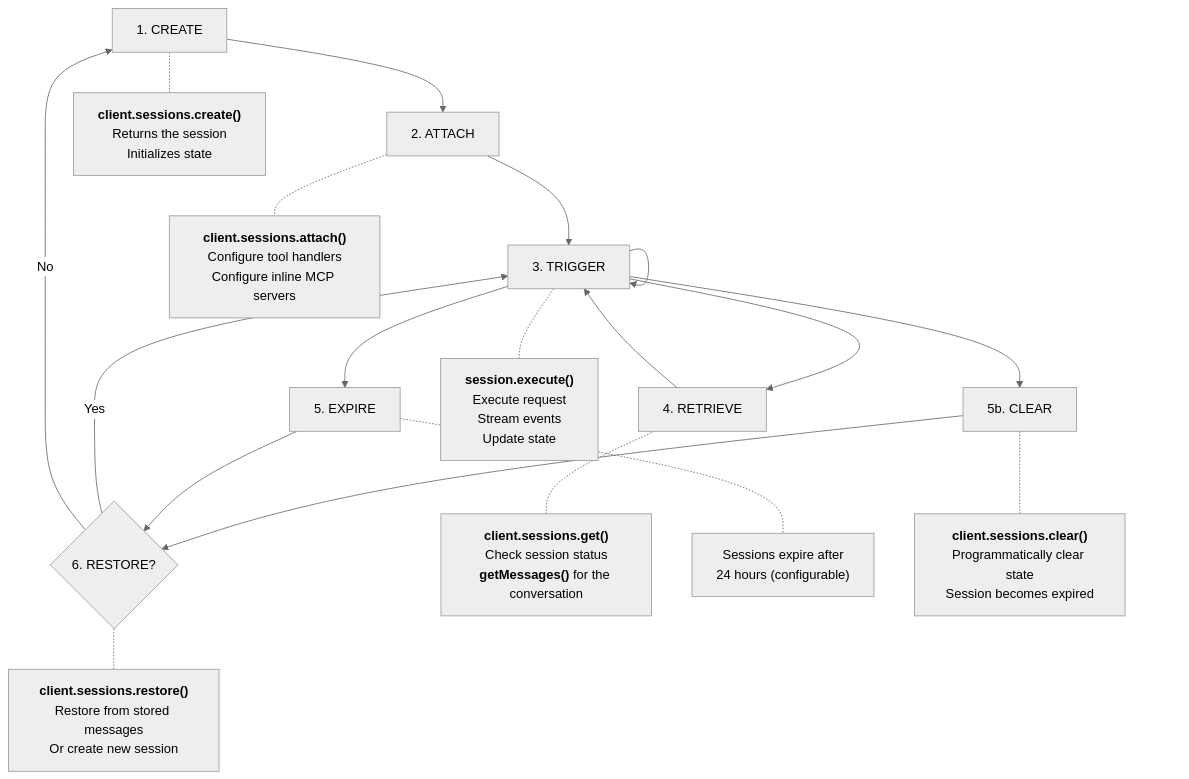
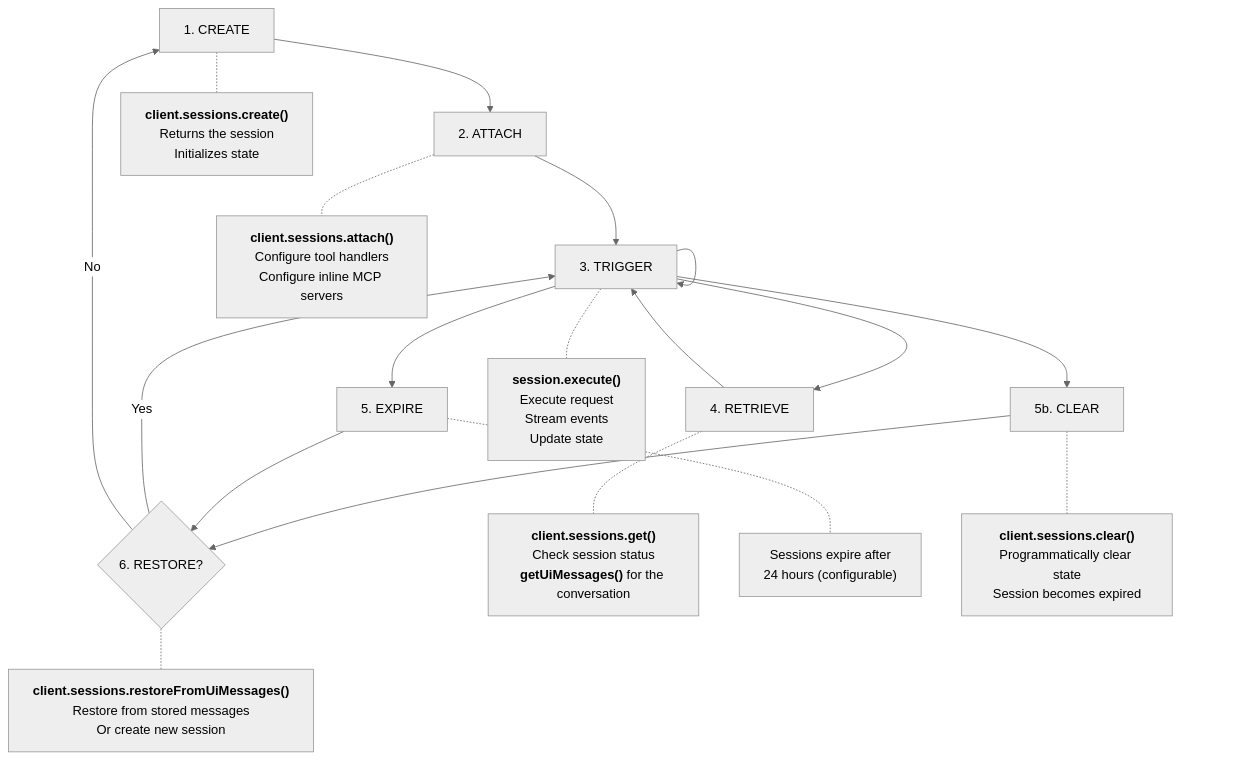
The diagram in packages/docs/content/02-server-sdk/02-sessions.md (octavus-ai/agent-sdk), drawn with Mermaid (neutral theme) before and after one commit. The commit also changed other lines of this file and 17 other files, not shown here.

````diff
--- a/packages/docs/content/02-server-sdk/02-sessions.md
+++ b/packages/docs/content/02-server-sdk/02-sessions.md
@@ -389,42 +389,42 @@
 ```mermaid
 flowchart TD
     A[1. CREATE] --> B[2. ATTACH]
     B --> C[3. TRIGGER]
     C --> C
     C --> D[4. RETRIEVE]
     D --> C
     C --> E[5. EXPIRE]
     C --> G[5b. CLEAR]
     G --> F
     E --> F{6. RESTORE?}
     F -->|Yes| C
     F -->|No| A
 
     A -.- A1["`**client.sessions.create()**
     Returns the session
     Initializes state`"]
 
     B -.- B1["`**client.sessions.attach()**
     Configure tool handlers
     Configure inline MCP servers`"]
 
     C -.- C1["`**session.execute()**
     Execute request
     Stream events
     Update state`"]
 
     D -.- D1["`**client.sessions.get()**
     Check session status
-    **getMessages()** for the conversation`"]
+    **getUiMessages()** for the conversation`"]
 
     E -.- E1["`Sessions expire after
     24 hours (configurable)`"]
 
     G -.- G1["`**client.sessions.clear()**
     Programmatically clear state
     Session becomes expired`"]
 
-    F -.- F1["`**client.sessions.restore()**
+    F -.- F1["`**client.sessions.restoreFromUiMessages()**
     Restore from stored messages
     Or create new session`"]
 ```
````
